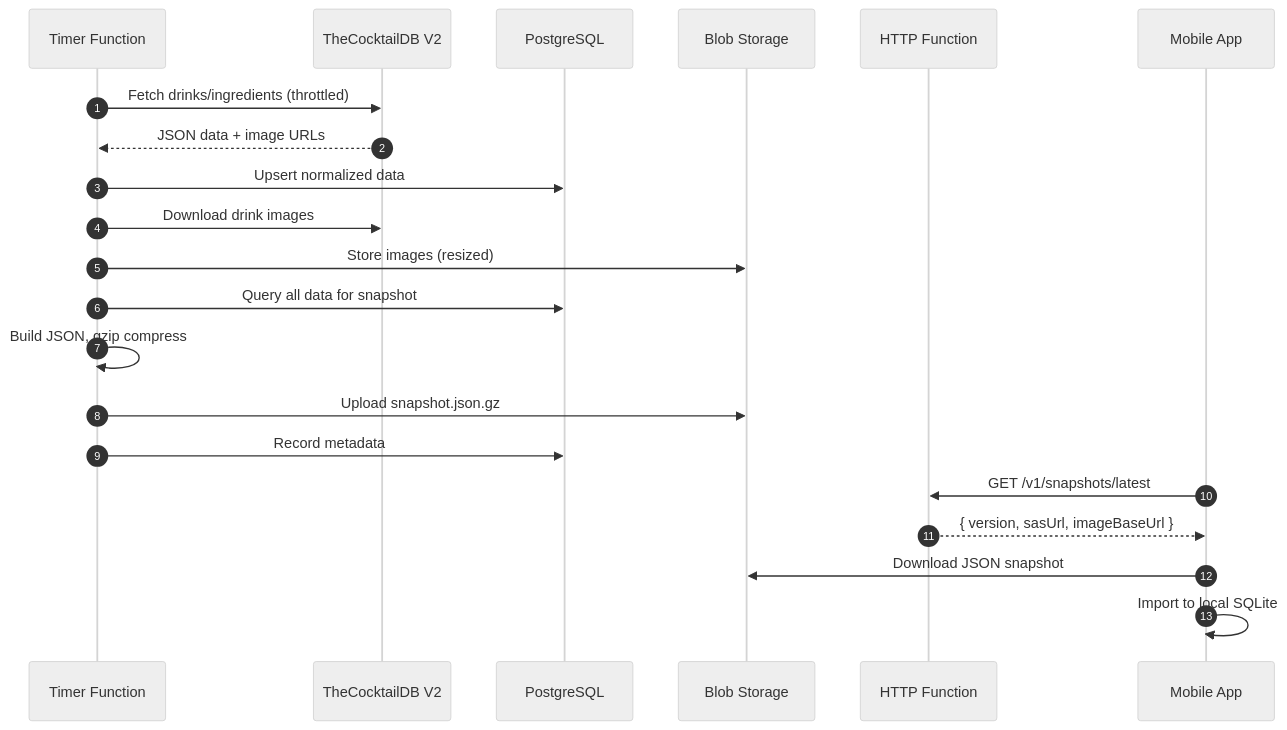
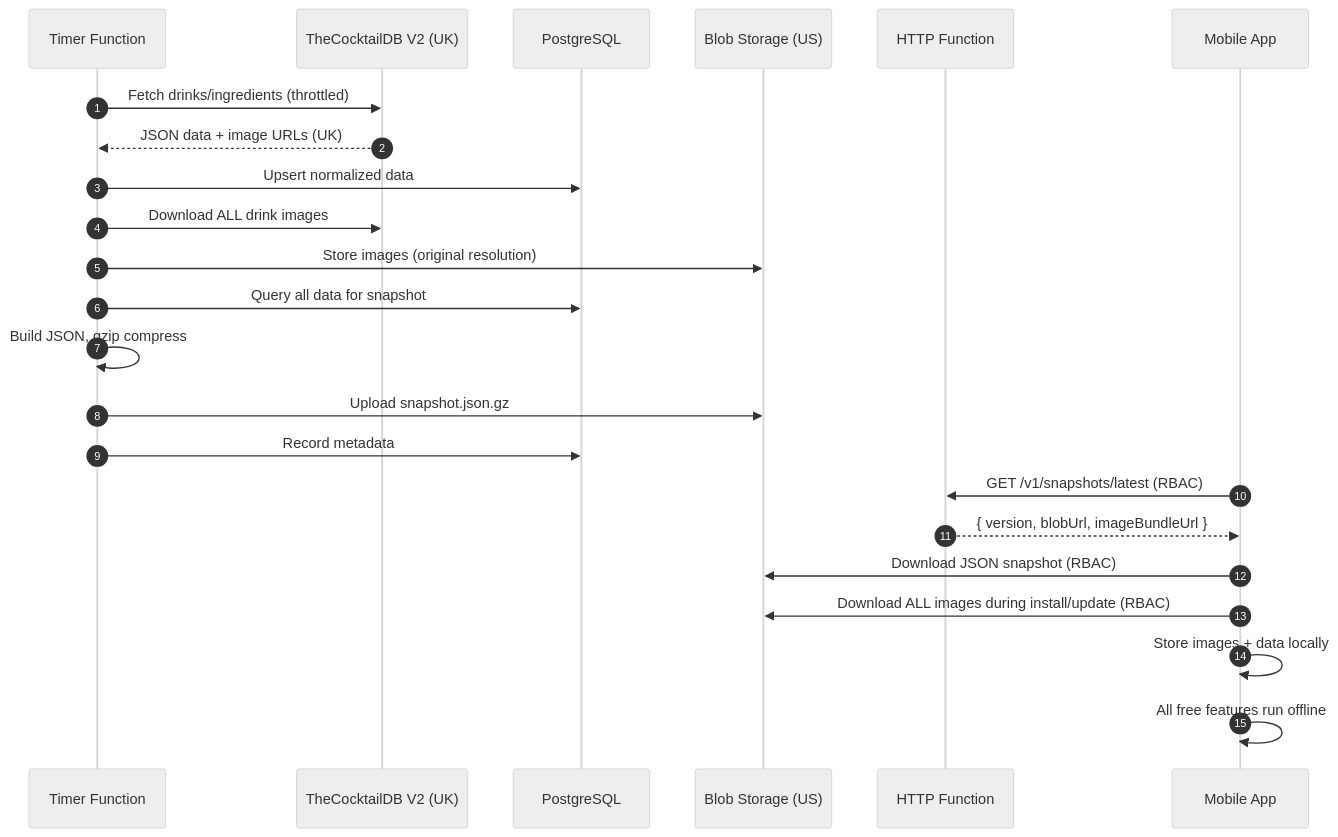
One commit to gwhitley1969/mybartenderAI-MVP changed the second of 2 diagrams in docs/ARCHITECTURE.md. Above: the diagram before and after it, drawn with Mermaid (neutral theme). The commit also changed other lines of this file, not shown here.

First line of the commit message:
Fix ARCHITECTURE.md corrections

````diff
--- a/docs/ARCHITECTURE.md
+++ b/docs/ARCHITECTURE.md
@@ -78,24 +78,26 @@
 ```mermaid
 sequenceDiagram
   autonumber
   participant T as Timer Function
-  participant CDB as TheCocktailDB V2
+  participant CDB as TheCocktailDB V2 (UK)
   participant PG as PostgreSQL
-  participant BL as Blob Storage
+  participant BL as Blob Storage (US)
   participant H as HTTP Function
   participant M as Mobile App
 
   T->>CDB: Fetch drinks/ingredients (throttled)
-  CDB-->>T: JSON data + image URLs
+  CDB-->>T: JSON data + image URLs (UK)
   T->>PG: Upsert normalized data
-  T->>CDB: Download drink images
-  T->>BL: Store images (resized)
+  T->>CDB: Download ALL drink images
+  T->>BL: Store images (original resolution)
   T->>PG: Query all data for snapshot
   T->>T: Build JSON, gzip compress
   T->>BL: Upload snapshot.json.gz
   T->>PG: Record metadata
-  M->>H: GET /v1/snapshots/latest
-  H-->>M: { version, sasUrl, imageBaseUrl }
-  M->>BL: Download JSON snapshot
-  M->>M: Import to local SQLite
+  M->>H: GET /v1/snapshots/latest (RBAC)
+  H-->>M: { version, blobUrl, imageBundleUrl }
+  M->>BL: Download JSON snapshot (RBAC)
+  M->>BL: Download ALL images during install/update (RBAC)
+  M->>M: Store images + data locally
+  M->>M: All free features run offline
 ```
````
